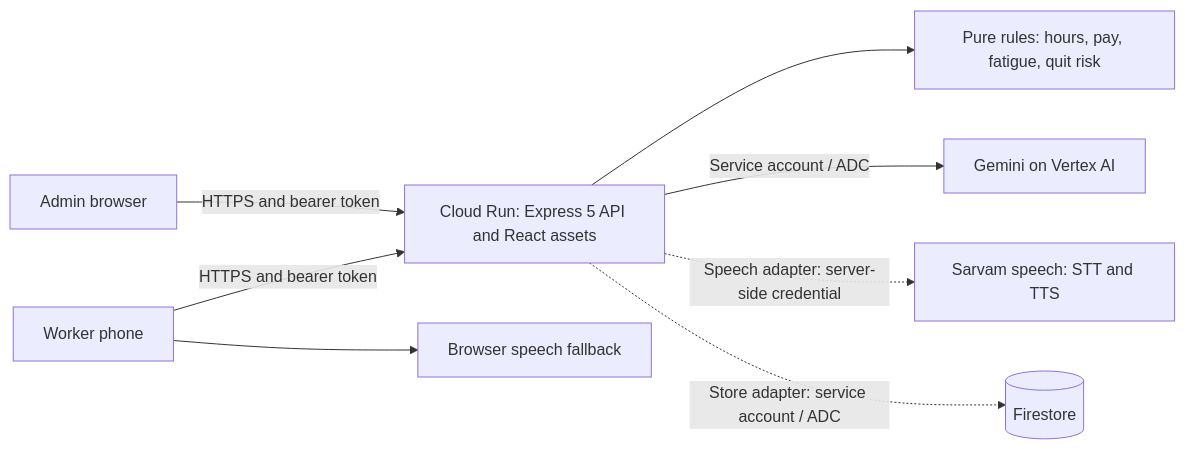
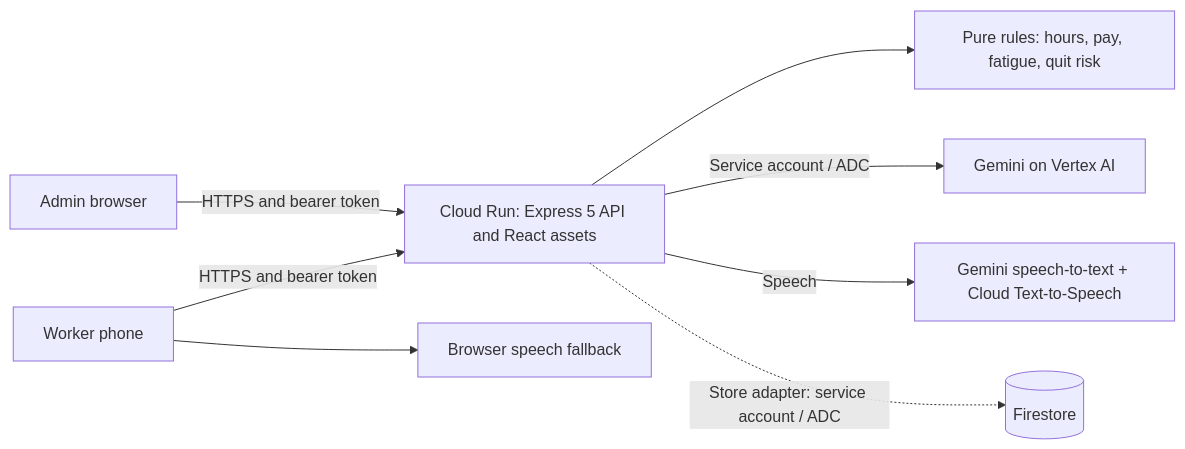
The diagram in docs/ARCHITECTURE.md (rehaanajani/fairshift), drawn with Mermaid before and after one commit. The commit also changed other lines of this file and 4 other files, not shown here.

Commit message:
Speech on Google Cloud only: Gemini speech-to-text and Cloud Text-to-Speech

````diff
--- a/docs/ARCHITECTURE.md
+++ b/docs/ARCHITECTURE.md
@@ -5,10 +5,10 @@
 ```mermaid
 flowchart LR
     W[Worker phone] -->|HTTPS and bearer token| E[Cloud Run: Express 5 API and React assets]
     A[Admin browser] -->|HTTPS and bearer token| E
     E --> R[Pure rules: hours, pay, fatigue, quit risk]
     E -->|Service account / ADC| G[Gemini on Vertex AI]
-    E -.->|Speech adapter: server-side credential| S[Sarvam speech: STT and TTS]
+    E -->|Speech| S[Gemini speech-to-text + Cloud Text-to-Speech]
     E -.->|Store adapter: service account / ADC| F[(Firestore)]
     W --> B[Browser speech fallback]
 ```
````
